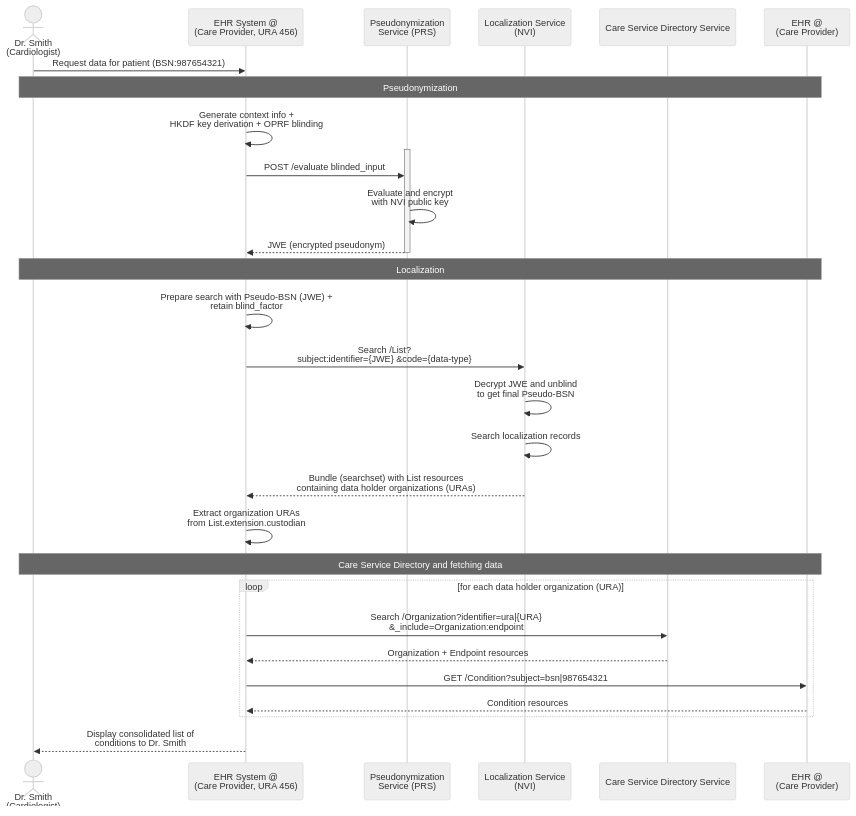
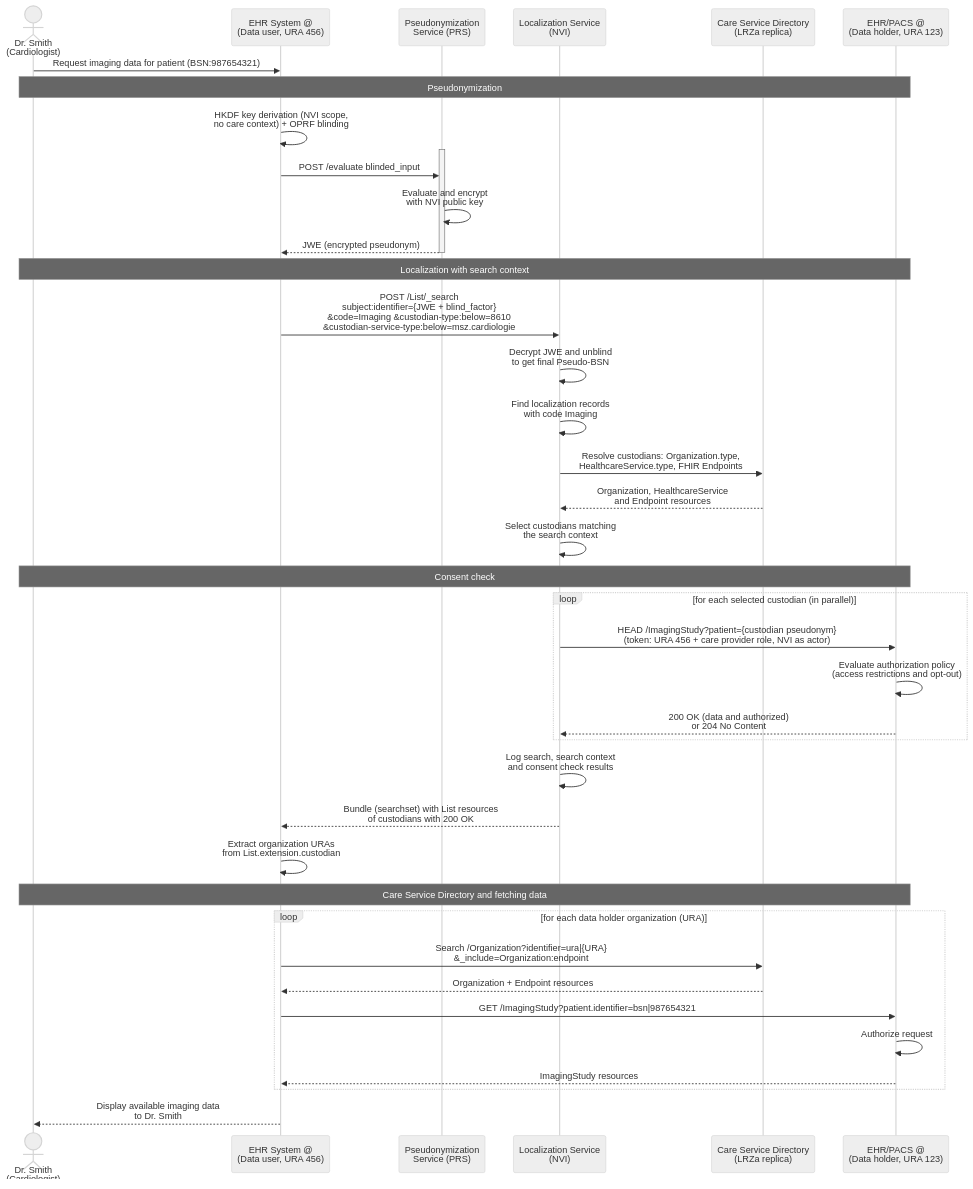
One commit to minvws/generiekefuncties-docs changed the second of 2 diagrams in input/pagecontent/localization.md. Above: the diagram before and after it, drawn with Mermaid (neutral theme). The commit also changed other lines of this file and 6 other files, not shown here.

````diff
--- a/input/pagecontent/localization.md
+++ b/input/pagecontent/localization.md
@@ -206,36 +393,47 @@
 ```mermaid
 sequenceDiagram
     actor doctor as Dr. Smith<br/>(Cardiologist)
-    participant ehr as EHR System @<br/>(Care Provider, URA 456)
+    participant ehr as EHR System @<br/>(Data user, URA 456)
     participant prs as Pseudonymization<br/>Service (PRS)
     participant nvi as Localization Service<br/>(NVI)
-    participant addressing as Care Service Directory Service
-    participant ehr_reg as EHR @<br/>(Care Provider)
+    participant lrza as Care Service Directory<br/>(LRZa replica)
+    participant holder as EHR/PACS @<br/>(Data holder, URA 123)
 
-    doctor->>ehr: Request data for patient (BSN:987654321)
+    doctor->>ehr: Request imaging data for patient (BSN:987654321)
 
-    Note over doctor,ehr_reg: Pseudonymization
-    ehr->>ehr: Generate context info +<br/>HKDF key derivation + OPRF blinding
+    Note over doctor,holder: Pseudonymization
+    ehr->>ehr: HKDF key derivation (NVI scope,<br/>no care context) + OPRF blinding
     activate prs
     ehr->>prs: POST /evaluate blinded_input
     prs->>prs: Evaluate and encrypt<br/>with NVI public key
     prs-->>ehr: JWE (encrypted pseudonym)
     deactivate prs
 
-    Note over doctor,ehr_reg: Localization
-    ehr->>ehr: Prepare search with Pseudo-BSN (JWE) +<br/>retain blind_factor
-    ehr->>nvi: Search /List?<br/>subject:identifier={JWE} &code={data-type}
+    Note over doctor,holder: Localization with search context
+    ehr->>nvi: POST /List/_search<br/>subject:identifier={JWE + blind_factor}<br/>&code=Imaging &custodian-type:below=8610<br/>&custodian-service-type:below=msz.cardiologie
     nvi->>nvi: Decrypt JWE and unblind<br/>to get final Pseudo-BSN
-    nvi->>nvi: Search localization records
-    nvi-->>ehr: Bundle (searchset) with List resources<br/>containing data holder organizations (URAs)
+    nvi->>nvi: Find localization records<br/>with code Imaging
+    nvi->>lrza: Resolve custodians: Organization.type,<br/>HealthcareService.type, FHIR Endpoints
+    lrza-->>nvi: Organization, HealthcareService<br/>and Endpoint resources
+    nvi->>nvi: Select custodians matching<br/>the search context
+
+    Note over doctor,holder: Consent check
+    loop for each selected custodian (in parallel)
+        nvi->>holder: HEAD /ImagingStudy?patient={custodian pseudonym}<br/>(token: URA 456 + care provider role, NVI as actor)
+        holder->>holder: Evaluate authorization policy<br/>(access restrictions and opt-out)
+        holder-->>nvi: 200 OK (data and authorized)<br/>or 204 No Content
+    end
+    nvi->>nvi: Log search, search context<br/>and consent check results
+    nvi-->>ehr: Bundle (searchset) with List resources<br/>of custodians with 200 OK
     ehr->>ehr: Extract organization URAs<br/>from List.extension.custodian
 
-    Note over doctor,ehr_reg: Care Service Directory and fetching data
+    Note over doctor,holder: Care Service Directory and fetching data
     loop for each data holder organization (URA)
-        ehr->>addressing: Search /Organization?identifier=ura|{URA}<br/>&_include=Organization:endpoint
-        addressing-->>ehr: Organization + Endpoint resources
-        ehr->>ehr_reg: GET /Condition?subject=bsn|987654321
-        ehr_reg-->>ehr: Condition resources
+        ehr->>lrza: Search /Organization?identifier=ura|{URA}<br/>&_include=Organization:endpoint
+        lrza-->>ehr: Organization + Endpoint resources
+        ehr->>holder: GET /ImagingStudy?patient.identifier=bsn|987654321
+        holder->>holder: Authorize request
+        holder-->>ehr: ImagingStudy resources
     end
-    ehr-->>doctor: Display consolidated list of<br/>conditions to Dr. Smith
+    ehr-->>doctor: Display available imaging data<br/>to Dr. Smith
 ```
````
